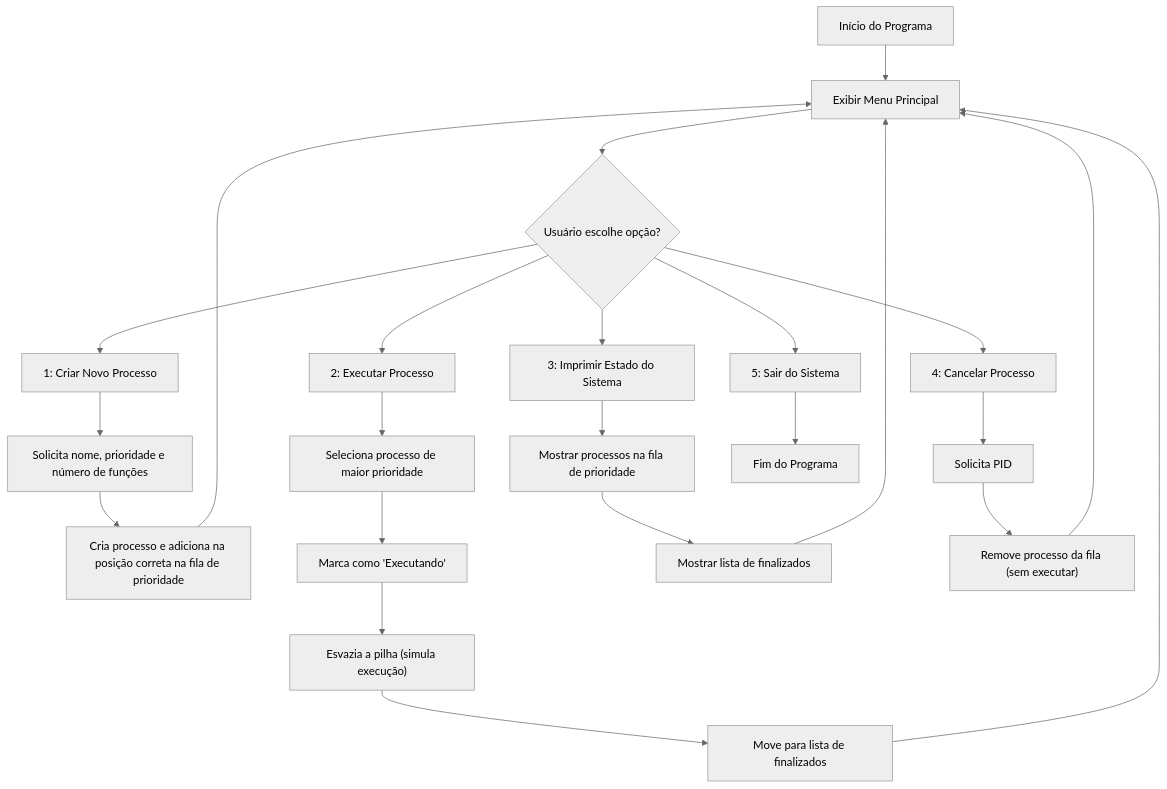
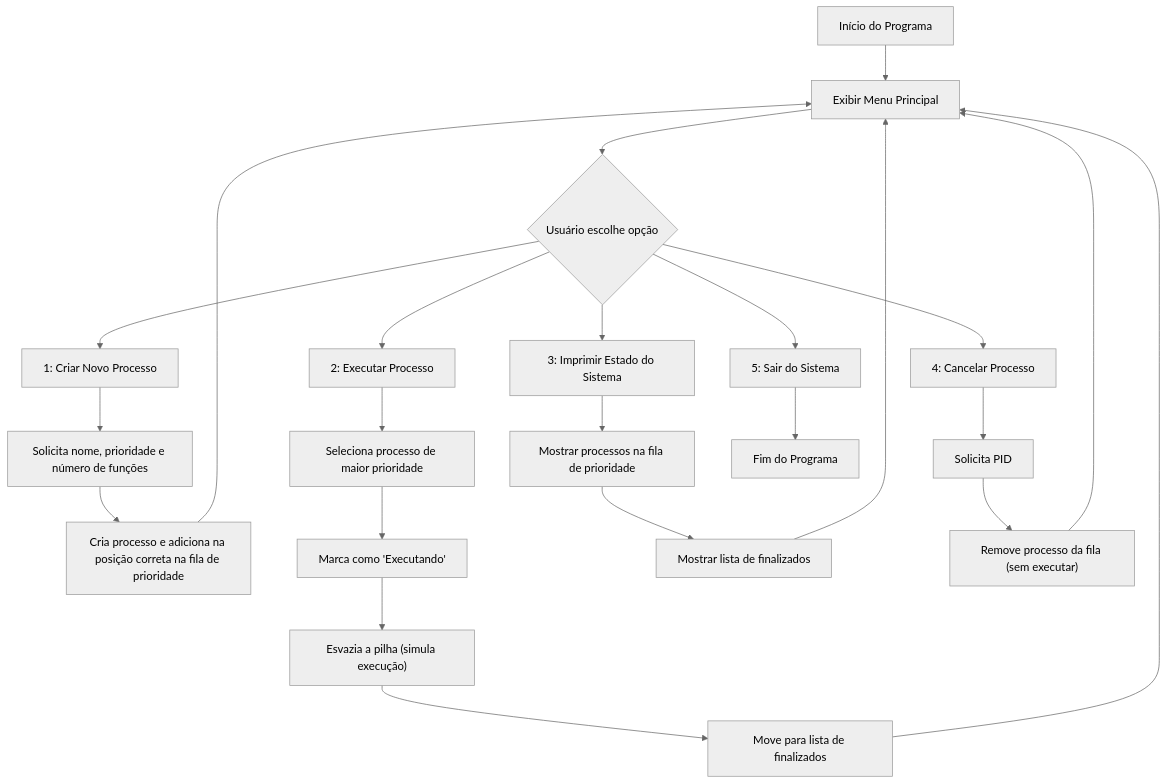
Before and after one commit to JV-NC/IPC_Trabalho2: the diagram in README.md, drawn with Mermaid (neutral theme).

Commit message:
correction of flowchart 2

````diff
--- a/README.md
+++ b/README.md
@@ -104,31 +104,31 @@
 ``` mermaid
 flowchart TD
     A[Início do Programa] --> B[Exibir Menu Principal]
-    B --> D{Usuário escolhe opção?}
+    B --> D{Usuário escolhe opção}
 
     
     D --> C1[1: Criar Novo Processo]
     C1 --> D1[Solicita nome, prioridade e número de funções]
     D1 --> E1[Cria processo e adiciona na posição correta na fila de prioridade]
     E1 --> B
 
     D --> C2[2: Executar Processo]
     C2 --> D2[Seleciona processo de maior prioridade]
     D2 --> E2[Marca como 'Executando']
     E2 --> F2["Esvazia a pilha (simula execução)"]
     F2 --> G2[Move para lista de finalizados]
     G2 --> B
 
     D --> C3[3: Imprimir Estado do Sistema]
     C3 --> D3[Mostrar processos na fila de prioridade]
     D3 --> F3[Mostrar lista de finalizados]
     F3 --> B
 
     D --> C4[4: Cancelar Processo]
     C4 --> D4[Solicita PID]
     D4 --> E4["Remove processo da fila (sem executar)"]
     E4 --> B
 
     D --> C5[5: Sair do Sistema]
     C5 --> Z[Fim do Programa]
 ```
````
